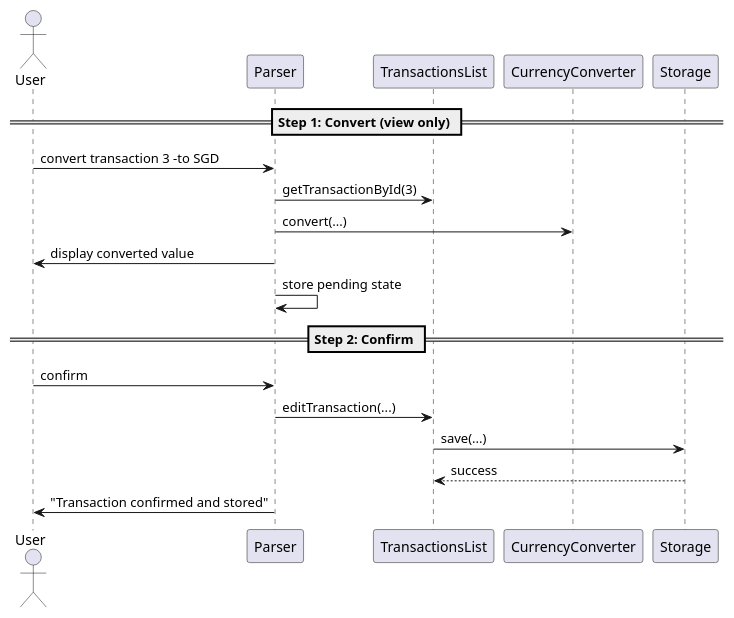
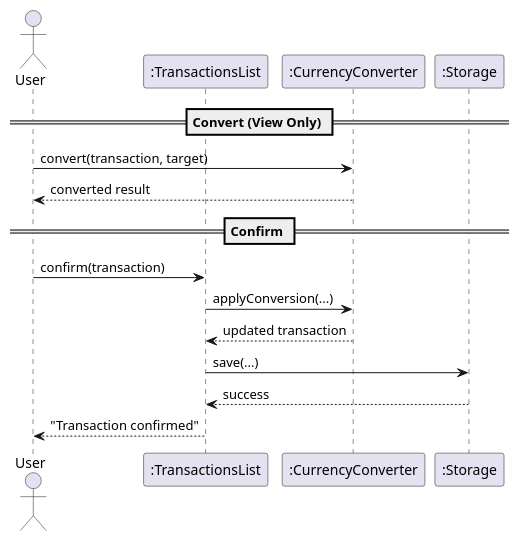
One commit to yeejj/tp changed the diagram in docs/diagrams/ConfirmTransactionSequence.puml. Above: the diagram before and after it, drawn with PlantUML. The commit also changed 35 other files, not shown here.

Commit message:
TADG-#37-table of contents and new class diagrams

```diff
--- a/docs/diagrams/ConfirmTransactionSequence.puml
+++ b/docs/diagrams/ConfirmTransactionSequence.puml
@@ -1,22 +1,23 @@
 @startuml
+
 actor User
-participant Parser
-participant TransactionsList
-participant CurrencyConverter
-participant Storage
+participant ":TransactionsList" as List
+participant ":CurrencyConverter" as Converter
+participant ":Storage" as Storage
 
-== Step 1: Convert (view only) ==
-User -> Parser : convert transaction 3 -to SGD
-Parser -> TransactionsList : getTransactionById(3)
-Parser -> CurrencyConverter : convert(...)
-Parser -> User : display converted value
-Parser -> Parser : store pending state
+== Convert (View Only) ==
+User -> Converter : convert(transaction, target)
+Converter --> User : converted result
 
-== Step 2: Confirm ==
-User -> Parser : confirm
-Parser -> TransactionsList : editTransaction(...)
-TransactionsList -> Storage : save(...)
-Storage --> TransactionsList : success
-Parser -> User : "Transaction confirmed and stored"
+== Confirm ==
+User -> List : confirm(transaction)
+
+List -> Converter : applyConversion(...)
+Converter --> List : updated transaction
+
+List -> Storage : save(...)
+Storage --> List : success
+
+List --> User : "Transaction confirmed"
 
 @enduml
```
